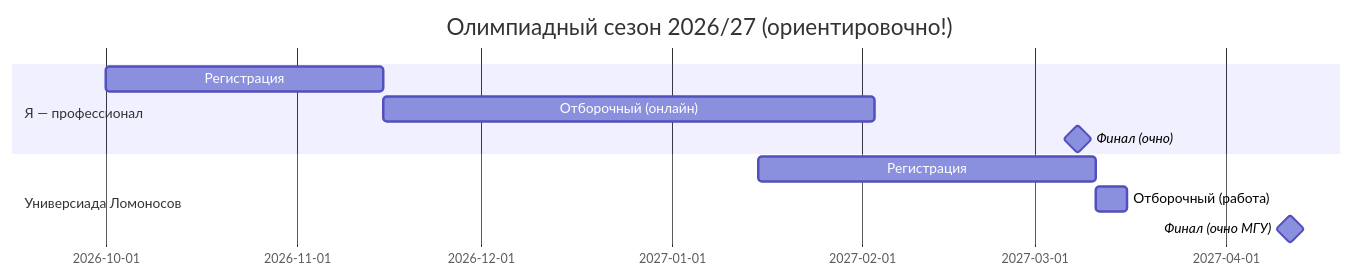
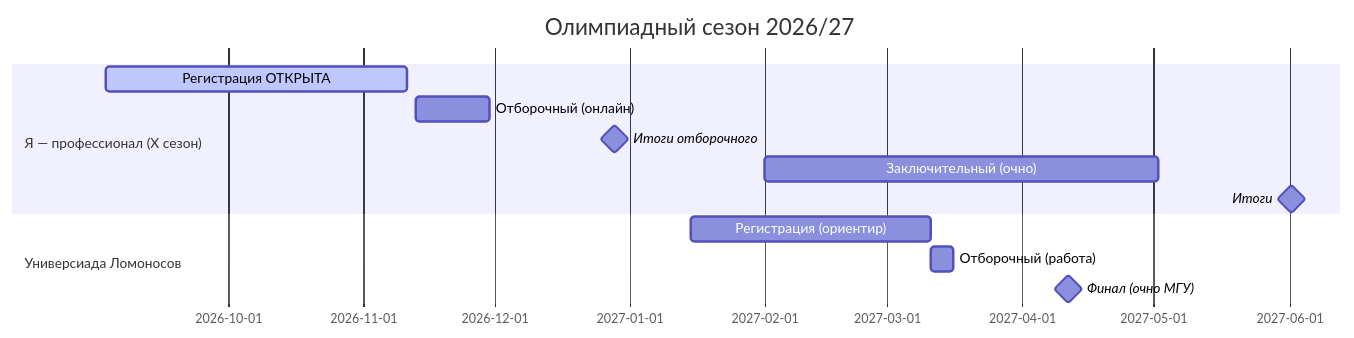
Before and after one commit to Storytailer/gmy_magister: the diagram in 00_поступление/олимпиады.md, drawn with Mermaid. The commit also changed other lines of this file and 26 other files, not shown here.

````diff
--- a/00_поступление/олимпиады.md
+++ b/00_поступление/олимпиады.md
@@ -53,13 +60,15 @@
 ```mermaid
 gantt
-    title Олимпиадный сезон 2026/27 (ориентировочно!)
+    title Олимпиадный сезон 2026/27
     dateFormat YYYY-MM-DD
-    section Я — профессионал
-    Регистрация           :2026-10-01, 45d
-    Отборочный (онлайн)   :2026-11-15, 80d
-    Финал (очно)          :milestone, 2027-03-01, 14d
+    section Я — профессионал (X сезон)
+    Регистрация ОТКРЫТА     :active, 2026-09-03, 69d
+    Отборочный (онлайн)     :2026-11-13, 17d
+    Итоги отборочного       :milestone, 2026-12-28, 1d
+    Заключительный (очно)   :2027-02-01, 90d
+    Итоги                   :milestone, 2027-06-01, 1d
     section Универсиада Ломоносов
-    Регистрация           :2027-01-15, 55d
-    Отборочный (работа)   :2027-03-11, 5d
-    Финал (очно МГУ)      :milestone, 2027-04-11, 1d
+    Регистрация (ориентир)  :2027-01-15, 55d
+    Отборочный (работа)     :2027-03-11, 5d
+    Финал (очно МГУ)        :milestone, 2027-04-11, 1d
 ```
````
